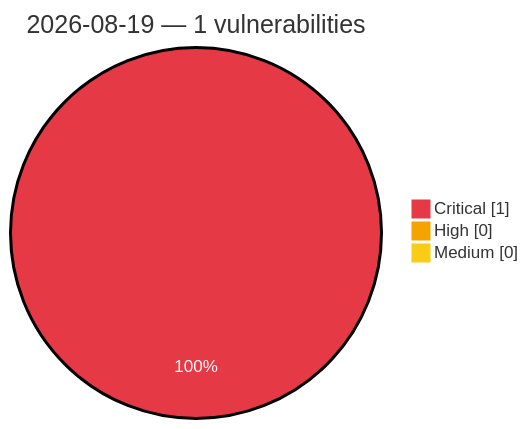
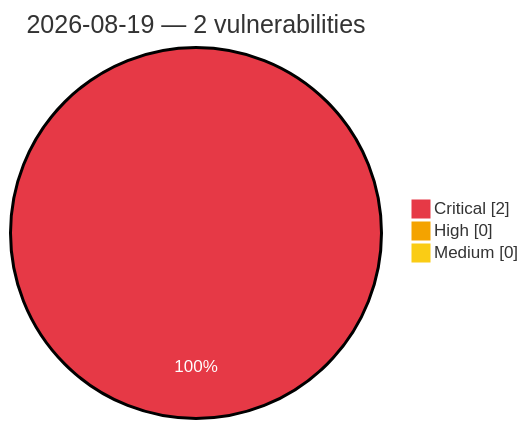
Before and after one commit to GhostX0X/vuln-tracker: the diagram in vulnerabilities/2026/August/2026-08-19.md, drawn with Mermaid. The commit also changed other lines of this file and 5 other files, not shown here.

````diff
--- a/vulnerabilities/2026/August/2026-08-19.md
+++ b/vulnerabilities/2026/August/2026-08-19.md
@@ -3,8 +3,8 @@
 ```mermaid
 %%{init: {'theme':'base', 'themeVariables': {'pie1':'#e63946', 'pie2':'#f4a300', 'pie3':'#facc15', 'pieOpacity':'1', 'pieOuterStrokeWidth':'2px', 'pieSectionTextColor':'#ffffff'}}}%%
 pie showData
-    title 2026-08-19 — 1 vulnerabilities
-    "Critical" : 1
+    title 2026-08-19 — 2 vulnerabilities
+    "Critical" : 2
     "High" : 0
     "Medium" : 0
 ```
````
